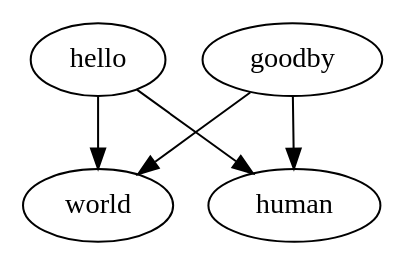
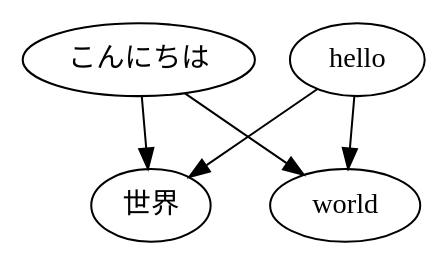
Before and after one commit to HiroshiOkada/bot-playground: the diagram in out-png-src/hello.dot, drawn with Graphviz. The commit also changed 7 other files, not shown here.

```diff
--- a/out-png-src/hello.dot
+++ b/out-png-src/hello.dot
@@ -1,6 +1,6 @@
 digraph g {
+  "こんにちは" -> "世界";
   "hello" -> "world";
-  "goodby" -> "human";
-  "hello" -> "human";
-  "goodby" -> "world";
+  "こんにちは" -> "world";
+  "hello" -> "世界";
 }
```
